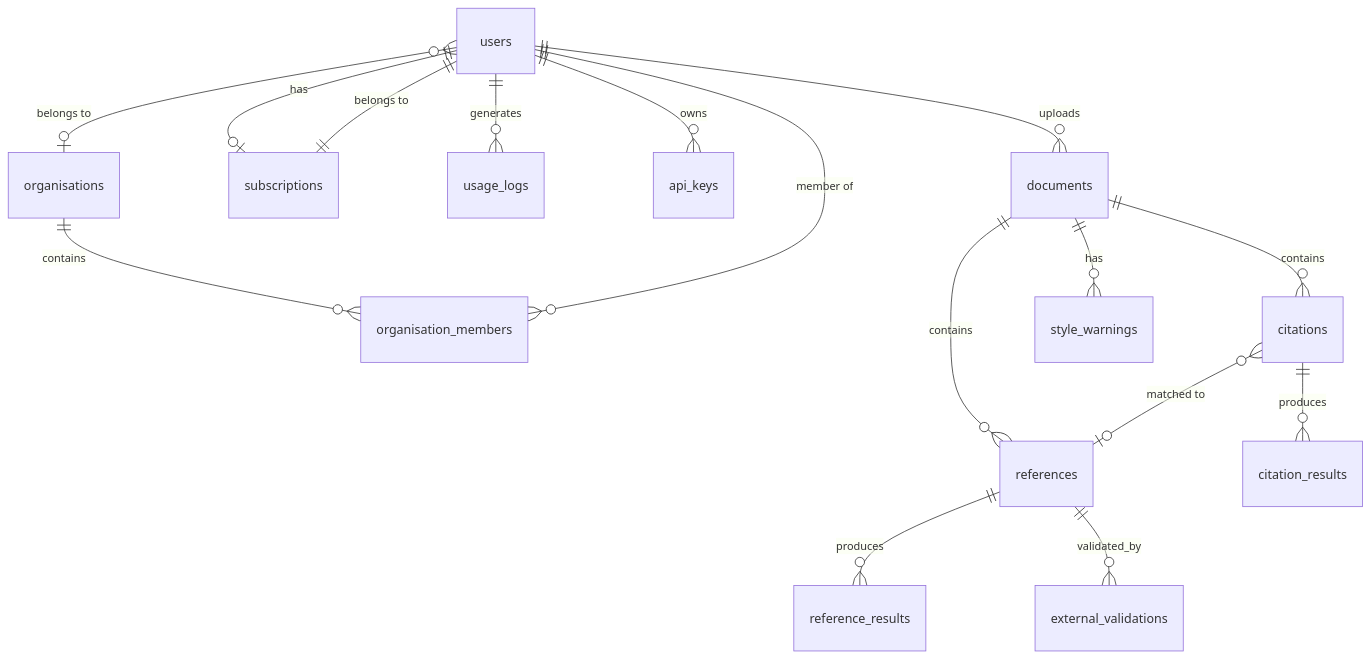
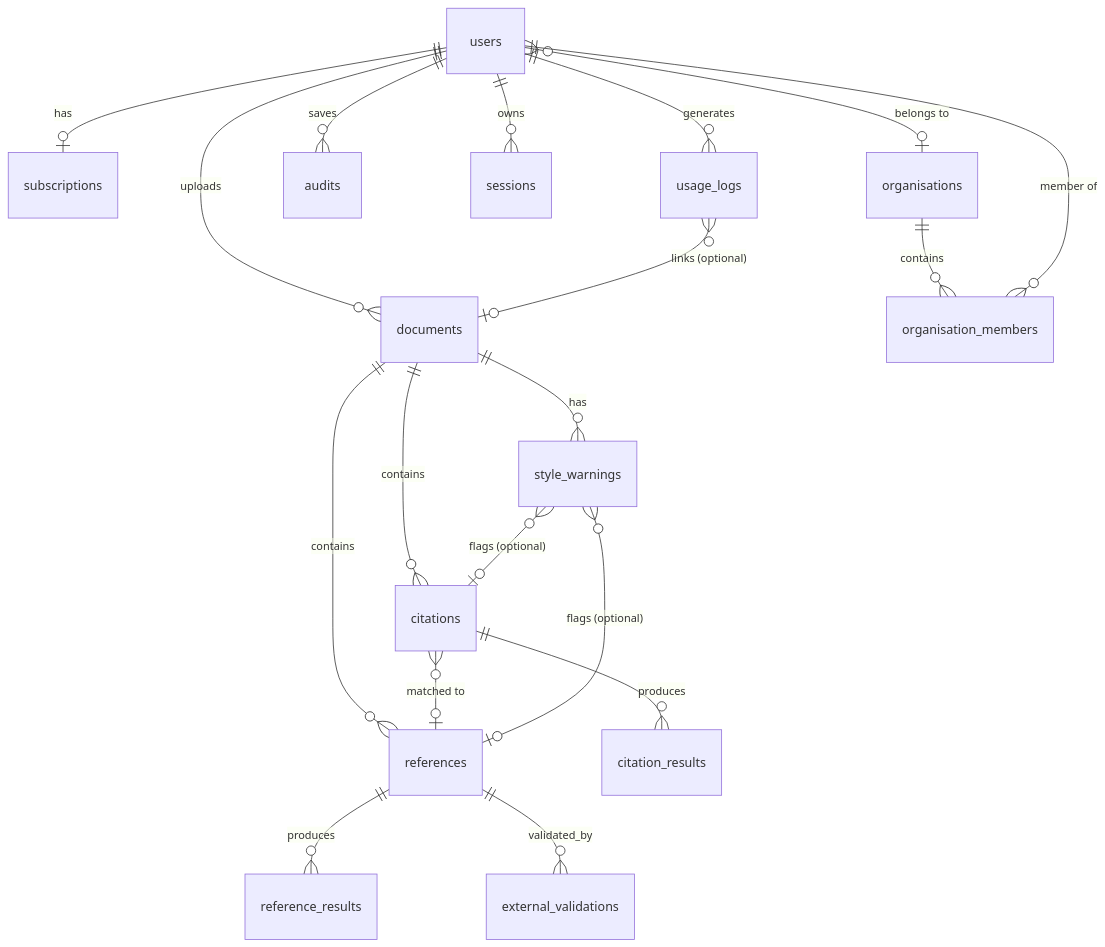
Before and after one commit to Faithmanex/citepilot: the first of 2 diagrams in 03-technical-architecture/13-database-schema.md, drawn with Mermaid. The commit also changed other lines of this file and 10 other files, not shown here.

First line of the commit message:
docs(ai): align pipeline, API, schema, ADR and testing docs with shipped system

````diff
--- a/03-technical-architecture/13-database-schema.md
+++ b/03-technical-architecture/13-database-schema.md
@@ -16,22 +16,24 @@
 ```mermaid
 erDiagram
     users ||--o{ documents : uploads
     users ||--o| subscriptions : has
     users ||--o{ usage_logs : generates
-    users ||--o{ api_keys : owns
+    users ||--o{ audits : saves
+    users ||--o{ sessions : owns
     users }o--o| organisations : "belongs to"
     organisations ||--o{ organisation_members : contains
     users ||--o{ organisation_members : "member of"
 
     documents ||--o{ citations : contains
     documents ||--o{ references : contains
     documents ||--o{ style_warnings : has
 
     citations ||--o{ citation_results : produces
     references ||--o{ reference_results : produces
     references ||--o{ external_validations : validated_by
 
     citations }o--o| references : "matched to"
-
-    subscriptions ||--|| users : "belongs to"
+    style_warnings }o--o| citations : "flags (optional)"
+    style_warnings }o--o| references : "flags (optional)"
+    usage_logs }o--o| documents : "links (optional)"
 ```
````
